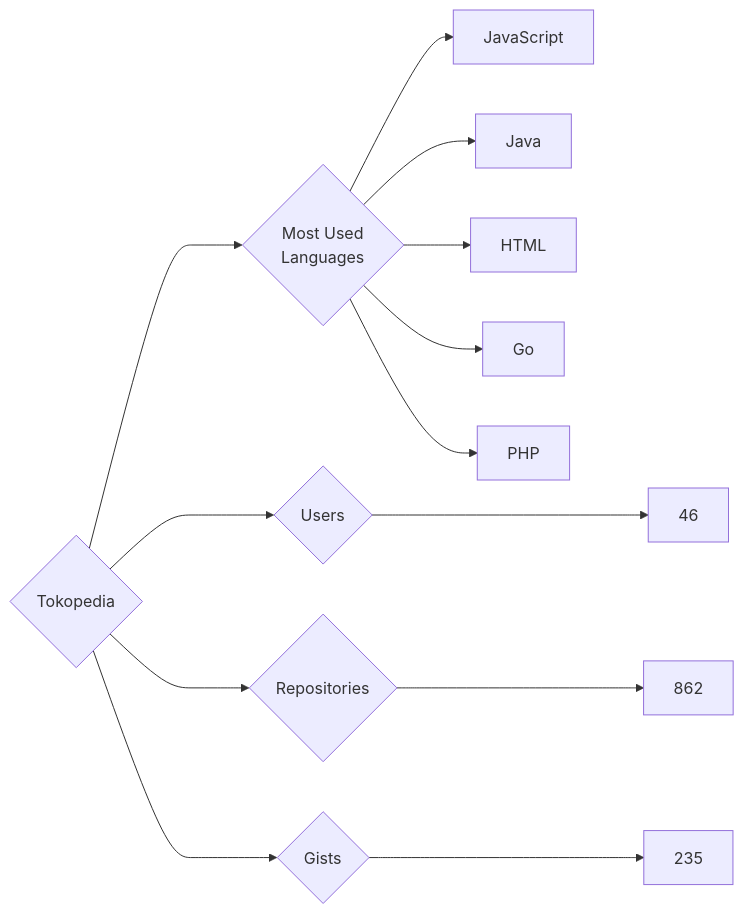
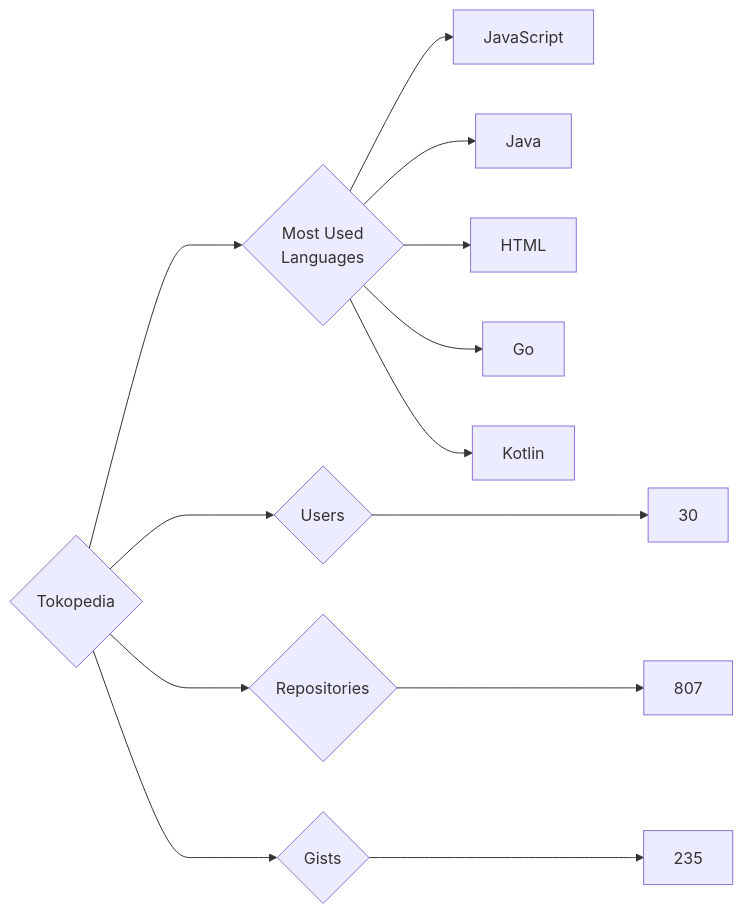
One commit to trickest/insiders changed the diagram in targets/Tokopedia/README.md. Above: the diagram before and after it, drawn with Mermaid. The commit also changed 770 other files, not shown here.

````diff
--- a/targets/Tokopedia/README.md
+++ b/targets/Tokopedia/README.md
@@ -3,13 +3,13 @@
 ```mermaid
 graph LR
 COMPANY_NAME{Tokopedia}
-COMPANY_NAME ---> U{Users} ---> UN[46]
-COMPANY_NAME ---> R{Repositories} ---> RN[862]
+COMPANY_NAME ---> U{Users} ---> UN[30]
+COMPANY_NAME ---> R{Repositories} ---> RN[807]
 COMPANY_NAME ---> G{Gists} ---> GN[235]
 COMPANY_NAME ---> ML{Most Used<br>Languages}
 ML --> JavaScript[JavaScript]
 ML --> Java[Java]
 ML --> HTML[HTML]
 ML --> Go[Go]
-ML --> PHP[PHP]
+ML --> Kotlin[Kotlin]
 ```
````
